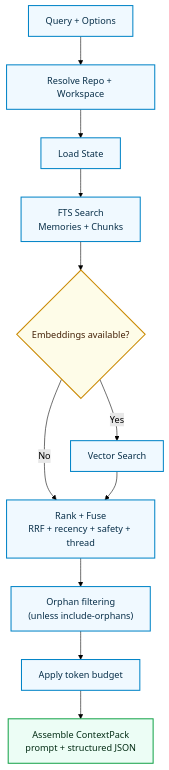
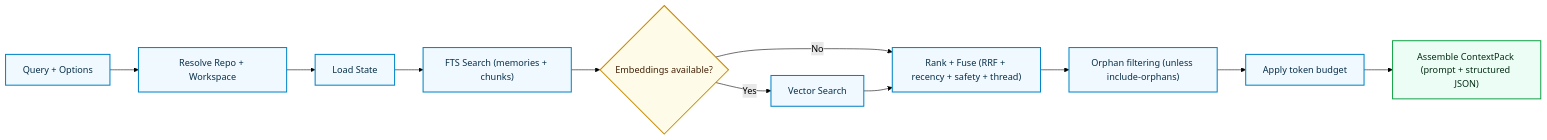
Before and after one commit to suju297/mem: the diagram in docs/diagrams/src/l3-retrieval-components.mmd, drawn with Mermaid (forest theme). The commit also changed 6 other files, not shown here.

Commit message:
Refine L3 and 5a architecture diagrams

```diff
--- a/docs/diagrams/src/l3-retrieval-components.mmd
+++ b/docs/diagrams/src/l3-retrieval-components.mmd
@@ -1,15 +1,15 @@
-flowchart TB
+flowchart LR
   classDef step fill:#F0F9FF,stroke:#0284C7,stroke-width:1.8px,color:#082F49
   classDef gate fill:#FEFCE8,stroke:#CA8A04,stroke-width:1.8px,color:#422006
   classDef out fill:#ECFDF5,stroke:#16A34A,stroke-width:1.8px,color:#052E16
 
   Q["Query + Options"]:::step --> R["Resolve Repo + Workspace"]:::step
   R --> S["Load State"]:::step
-  S --> F["FTS Search<br/>Memories + Chunks"]:::step
+  S --> F["FTS Search (memories + chunks)"]:::step
   F --> V{"Embeddings available?"}:::gate
   V -->|"Yes"| E["Vector Search"]:::step
   V -->|"No"| RK["Rank BM25 results"]:::step
-  E --> RK["Rank + Fuse<br/>RRF + recency + safety + thread"]:::step
-  RK --> O["Orphan filtering<br/>(unless include-orphans)"]:::step
+  E --> RK["Rank + Fuse (RRF + recency + safety + thread)"]:::step
+  RK --> O["Orphan filtering (unless include-orphans)"]:::step
   O --> B["Apply token budget"]:::step
-  B --> C["Assemble ContextPack<br/>prompt + structured JSON"]:::out
+  B --> C["Assemble ContextPack (prompt + structured JSON)"]:::out
```
